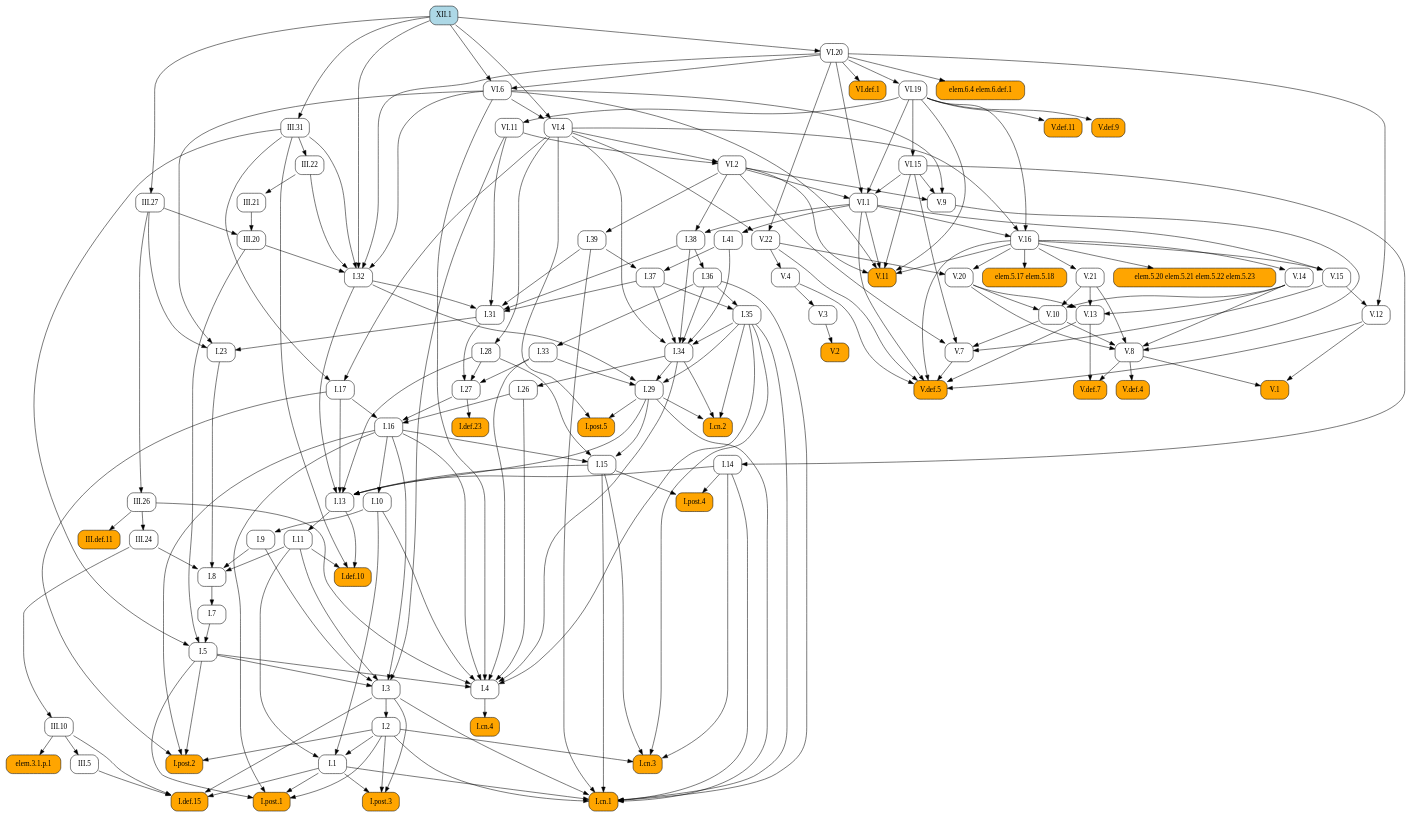
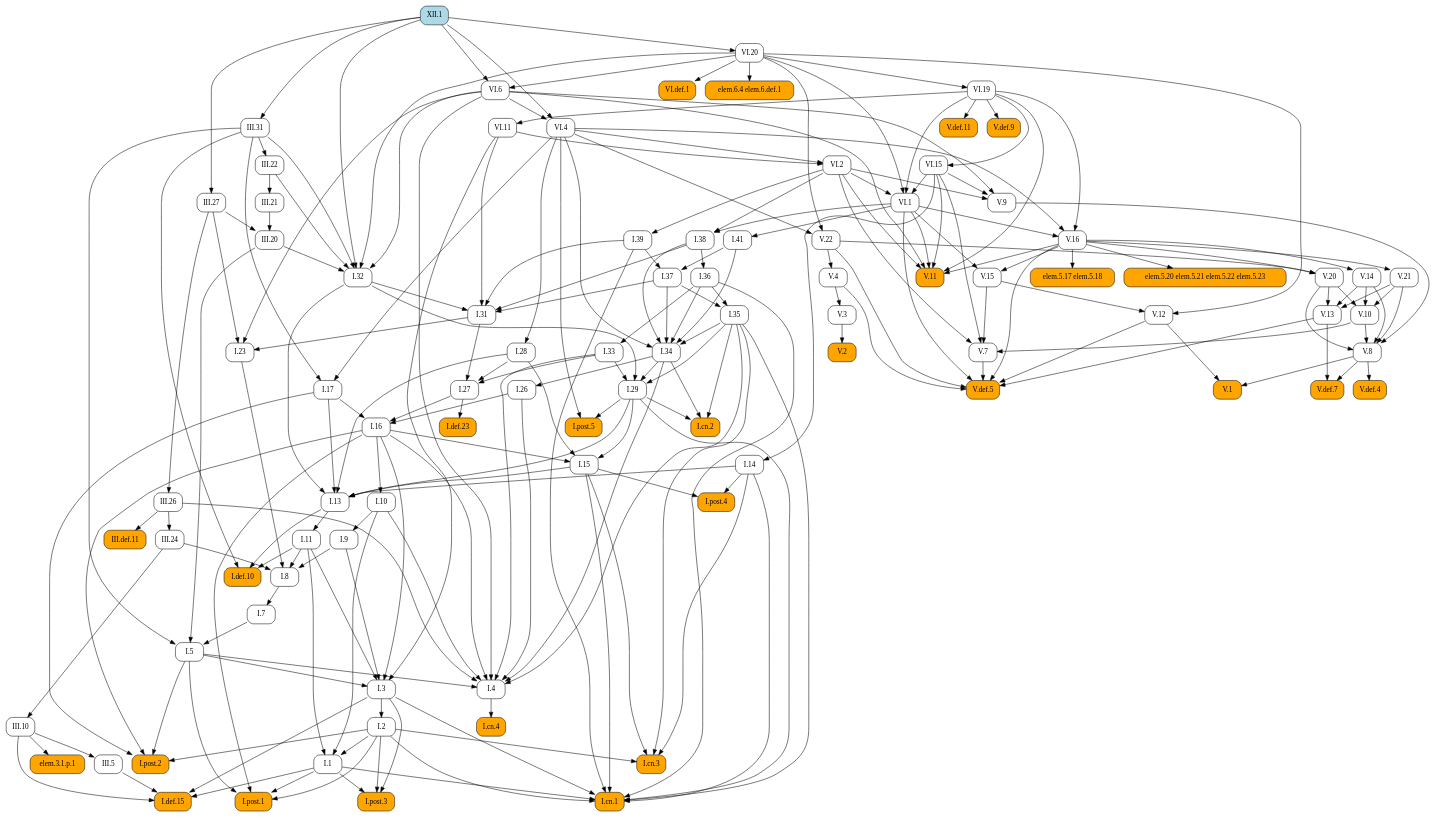
Before and after one commit to geometor/elements: the diagram in docsrc/heath/XII/1/index.rst, drawn with Graphviz. The commit also changed other lines of this file and 1029 other files, not shown here.

```diff
--- a/docsrc/heath/XII/1/index.rst
+++ b/docsrc/heath/XII/1/index.rst
@@ -47,153 +47,260 @@
    digraph {
      rankdir="TB";
      node [shape=box, style=rounded];
+     "I.def.10" [style="rounded,filled", fillcolor=orange, URL="/heath/I/def.10/", target="_top"];
+     "I.11" [URL="/heath/I/11/", target="_top"];
+     "I.post.4" [style="rounded,filled", fillcolor=orange, URL="/heath/I/post.4/", target="_top"];
+     "I.28" [URL="/heath/I/28/", target="_top"];
+     "I.1" [URL="/heath/I/1/", target="_top"];
+     "V.def.5" [style="rounded,filled", fillcolor=orange, URL="/heath/V/def.5/", target="_top"];
+     "III.20" [URL="/heath/III/20/", target="_top"];
+     "III.31" [URL="/heath/III/31/", target="_top"];
+     "V.13" [URL="/heath/V/13/", target="_top"];
+     "V.11" [style="rounded,filled", fillcolor=orange, URL="/heath/V/11/", target="_top"];
+     "VI.6" [URL="/heath/VI/6/", target="_top"];
+     "III.def.11" [style="rounded,filled", fillcolor=orange, URL="/heath/III/def.11/", target="_top"];
+     "I.post.3" [style="rounded,filled", fillcolor=orange, URL="/heath/I/post.3/", target="_top"];
+     "VI.1" [URL="/heath/VI/1/", target="_top"];
+     "I.cn.3" [style="rounded,filled", fillcolor=orange, URL="/heath/I/cn.3/", target="_top"];
+     "I.14" [URL="/heath/I/14/", target="_top"];
+     "V.16" [URL="/heath/V/16/", target="_top"];
+     "VI.11" [URL="/heath/VI/11/", target="_top"];
+     "VI.4" [URL="/heath/VI/4/", target="_top"];
+     "V.3" [URL="/heath/V/3/", target="_top"];
+     "I.36" [URL="/heath/I/36/", target="_top"];
+     "I.41" [URL="/heath/I/41/", target="_top"];
+     "I.27" [URL="/heath/I/27/", target="_top"];
+     "V.8" [URL="/heath/V/8/", target="_top"];
+     "I.37" [URL="/heath/I/37/", target="_top"];
+     "I.34" [URL="/heath/I/34/", target="_top"];
+     "I.2" [URL="/heath/I/2/", target="_top"];
+     "I.def.23" [style="rounded,filled", fillcolor=orange, URL="/heath/I/def.23/", target="_top"];
+     "I.17" [URL="/heath/I/17/", target="_top"];
+     "I.33" [URL="/heath/I/33/", target="_top"];
+     "I.post.2" [style="rounded,filled", fillcolor=orange, URL="/heath/I/post.2/", target="_top"];
+     "VI.def.1" [style="rounded,filled", fillcolor=orange, URL="/heath/VI/def.1/", target="_top"];
+     "elem.5.20 elem.5.21 elem.5.22 elem.5.23" [style="rounded,filled", fillcolor=orange];
+     "I.9" [URL="/heath/I/9/", target="_top"];
+     "I.32" [URL="/heath/I/32/", target="_top"];
+     "V.def.4" [style="rounded,filled", fillcolor=orange, URL="/heath/V/def.4/", target="_top"];
+     "I.cn.4" [style="rounded,filled", fillcolor=orange, URL="/heath/I/cn.4/", target="_top"];
+     "I.15" [URL="/heath/I/15/", target="_top"];
+     "III.22" [URL="/heath/III/22/", target="_top"];
+     "I.38" [URL="/heath/I/38/", target="_top"];
+     "V.def.7" [style="rounded,filled", fillcolor=orange, URL="/heath/V/def.7/", target="_top"];
+     "I.5" [URL="/heath/I/5/", target="_top"];
+     "V.21" [URL="/heath/V/21/", target="_top"];
+     "III.5" [URL="/heath/III/5/", target="_top"];
+     "elem.6.4 elem.6.def.1" [style="rounded,filled", fillcolor=orange];
+     "I.39" [URL="/heath/I/39/", target="_top"];
+     "V.def.11" [style="rounded,filled", fillcolor=orange, URL="/heath/V/def.11/", target="_top"];
+     "I.26" [URL="/heath/I/26/", target="_top"];
+     "III.26" [URL="/heath/III/26/", target="_top"];
+     "V.14" [URL="/heath/V/14/", target="_top"];
+     "I.29" [URL="/heath/I/29/", target="_top"];
+     "elem.3.1.p.1" [style="rounded,filled", fillcolor=orange];
+     "V.12" [URL="/heath/V/12/", target="_top"];
+     "V.22" [URL="/heath/V/22/", target="_top"];
+     "I.cn.2" [style="rounded,filled", fillcolor=orange, URL="/heath/I/cn.2/", target="_top"];
+     "V.20" [URL="/heath/V/20/", target="_top"];
+     "V.10" [URL="/heath/V/10/", target="_top"];
+     "VI.2" [URL="/heath/VI/2/", target="_top"];
+     "I.def.15" [style="rounded,filled", fillcolor=orange, URL="/heath/I/def.15/", target="_top"];
+     "V.15" [URL="/heath/V/15/", target="_top"];
+     "XII.1" [style="rounded,filled", fillcolor=lightblue, URL="/heath/XII/1/", target="_top"];
+     "I.cn.1" [style="rounded,filled", fillcolor=orange, URL="/heath/I/cn.1/", target="_top"];
+     "V.7" [URL="/heath/V/7/", target="_top"];
+     "V.9" [URL="/heath/V/9/", target="_top"];
+     "I.23" [URL="/heath/I/23/", target="_top"];
+     "I.post.1" [style="rounded,filled", fillcolor=orange, URL="/heath/I/post.1/", target="_top"];
+     "III.24" [URL="/heath/III/24/", target="_top"];
+     "I.35" [URL="/heath/I/35/", target="_top"];
+     "V.def.9" [style="rounded,filled", fillcolor=orange, URL="/heath/V/def.9/", target="_top"];
+     "I.7" [URL="/heath/I/7/", target="_top"];
+     "I.3" [URL="/heath/I/3/", target="_top"];
+     "I.4" [URL="/heath/I/4/", target="_top"];
+     "I.13" [URL="/heath/I/13/", target="_top"];
+     "V.4" [URL="/heath/V/4/", target="_top"];
+     "VI.20" [URL="/heath/VI/20/", target="_top"];
+     "I.31" [URL="/heath/I/31/", target="_top"];
      "V.1" [style="rounded,filled", fillcolor=orange, URL="/heath/V/1/", target="_top"];
-     "III.22" [URL="/heath/III/22/", target="_top"];
-     "I.29" [URL="/heath/I/29/", target="_top"];
-     "I.7" [URL="/heath/I/7/", target="_top"];
-     "I.27" [URL="/heath/I/27/", target="_top"];
-     "I.def.23" [style="rounded,filled", fillcolor=orange, URL="/heath/I/def.23/", target="_top"];
-     "V.20" [URL="/heath/V/20/", target="_top"];
-     "I.34" [URL="/heath/I/34/", target="_top"];
+     "I.16" [URL="/heath/I/16/", target="_top"];
+     "III.10" [URL="/heath/III/10/", target="_top"];
+     "elem.5.17 elem.5.18" [style="rounded,filled", fillcolor=orange];
+     "III.27" [URL="/heath/III/27/", target="_top"];
+     "VI.15" [URL="/heath/VI/15/", target="_top"];
      "I.8" [URL="/heath/I/8/", target="_top"];
      "V.2" [style="rounded,filled", fillcolor=orange, URL="/heath/V/2/", target="_top"];
-     "III.10" [URL="/heath/III/10/", target="_top"];
-     "I.9" [URL="/heath/I/9/", target="_top"];
-     "V.22" [URL="/heath/V/22/", target="_top"];
-     "III.20" [URL="/heath/III/20/", target="_top"];
-     "I.post.4" [style="rounded,filled", fillcolor=orange, URL="/heath/I/post.4/", target="_top"];
-     "I.2" [URL="/heath/I/2/", target="_top"];
-     "V.4" [URL="/heath/V/4/", target="_top"];
-     "I.28" [URL="/heath/I/28/", target="_top"];
-     "III.27" [URL="/heath/III/27/", target="_top"];
-     "VI.4" [URL="/heath/VI/4/", target="_top"];
-     "I.cn.4" [style="rounded,filled", fillcolor=orange, URL="/heath/I/cn.4/", target="_top"];
-     "VI.2" [URL="/heath/VI/2/", target="_top"];
-     "V.def.9" [style="rounded,filled", fillcolor=orange, URL="/heath/V/def.9/", target="_top"];
-     "elem.5.20 elem.5.21 elem.5.22 elem.5.23" [style="rounded,filled", fillcolor=orange];
-     "III.31" [URL="/heath/III/31/", target="_top"];
-     "I.23" [URL="/heath/I/23/", target="_top"];
-     "I.13" [URL="/heath/I/13/", target="_top"];
-     "I.5" [URL="/heath/I/5/", target="_top"];
      "III.21" [URL="/heath/III/21/", target="_top"];
-     "I.11" [URL="/heath/I/11/", target="_top"];
-     "I.4" [URL="/heath/I/4/", target="_top"];
-     "I.def.10" [style="rounded,filled", fillcolor=orange, URL="/heath/I/def.10/", target="_top"];
-     "III.24" [URL="/heath/III/24/", target="_top"];
-     "I.post.3" [style="rounded,filled", fillcolor=orange, URL="/heath/I/post.3/", target="_top"];
-     "V.9" [URL="/heath/V/9/", target="_top"];
-     "VI.def.1" [style="rounded,filled", fillcolor=orange, URL="/heath/VI/def.1/", target="_top"];
-     "elem.5.17 elem.5.18" [style="rounded,filled", fillcolor=orange];
-     "V.3" [URL="/heath/V/3/", target="_top"];
-     "I.36" [URL="/heath/I/36/", target="_top"];
-     "V.12" [URL="/heath/V/12/", target="_top"];
-     "I.15" [URL="/heath/I/15/", target="_top"];
-     "I.17" [URL="/heath/I/17/", target="_top"];
-     "I.32" [URL="/heath/I/32/", target="_top"];
-     "I.41" [URL="/heath/I/41/", target="_top"];
-     "V.def.5" [style="rounded,filled", fillcolor=orange, URL="/heath/V/def.5/", target="_top"];
-     "I.cn.3" [style="rounded,filled", fillcolor=orange, URL="/heath/I/cn.3/", target="_top"];
-     "III.def.11" [style="rounded,filled", fillcolor=orange, URL="/heath/III/def.11/", target="_top"];
-     "XII.1" [style="rounded,filled", fillcolor=lightblue, URL="/heath/XII/1/", target="_top"];
-     "I.38" [URL="/heath/I/38/", target="_top"];
-     "V.16" [URL="/heath/V/16/", target="_top"];
-     "V.15" [URL="/heath/V/15/", target="_top"];
-     "V.def.4" [style="rounded,filled", fillcolor=orange, URL="/heath/V/def.4/", target="_top"];
-     "V.21" [URL="/heath/V/21/", target="_top"];
-     "V.8" [URL="/heath/V/8/", target="_top"];
-     "V.7" [URL="/heath/V/7/", target="_top"];
-     "I.def.15" [style="rounded,filled", fillcolor=orange, URL="/heath/I/def.15/", target="_top"];
-     "I.1" [URL="/heath/I/1/", target="_top"];
-     "VI.11" [URL="/heath/VI/11/", target="_top"];
-     "I.post.1" [style="rounded,filled", fillcolor=orange, URL="/heath/I/post.1/", target="_top"];
-     "V.13" [URL="/heath/V/13/", target="_top"];
-     "I.26" [URL="/heath/I/26/", target="_top"];
-     "I.33" [URL="/heath/I/33/", target="_top"];
-     "elem.3.1.p.1" [style="rounded,filled", fillcolor=orange];
-     "V.def.7" [style="rounded,filled", fillcolor=orange, URL="/heath/V/def.7/", target="_top"];
-     "elem.6.4 elem.6.def.1" [style="rounded,filled", fillcolor=orange];
-     "I.39" [URL="/heath/I/39/", target="_top"];
-     "III.5" [URL="/heath/III/5/", target="_top"];
-     "I.cn.2" [style="rounded,filled", fillcolor=orange, URL="/heath/I/cn.2/", target="_top"];
-     "V.10" [URL="/heath/V/10/", target="_top"];
+     "I.post.5" [style="rounded,filled", fillcolor=orange, URL="/heath/I/post.5/", target="_top"];
+     "VI.19" [URL="/heath/VI/19/", target="_top"];
      "I.10" [URL="/heath/I/10/", target="_top"];
-     "I.3" [URL="/heath/I/3/", target="_top"];
-     "I.16" [URL="/heath/I/16/", target="_top"];
-     "III.26" [URL="/heath/III/26/", target="_top"];
-     "I.31" [URL="/heath/I/31/", target="_top"];
-     "VI.6" [URL="/heath/VI/6/", target="_top"];
-     "VI.15" [URL="/heath/VI/15/", target="_top"];
-     "V.def.11" [style="rounded,filled", fillcolor=orange, URL="/heath/V/def.11/", target="_top"];
-     "V.11" [style="rounded,filled", fillcolor=orange, URL="/heath/V/11/", target="_top"];
-     "I.post.2" [style="rounded,filled", fillcolor=orange, URL="/heath/I/post.2/", target="_top"];
-     "I.post.5" [style="rounded,filled", fillcolor=orange, URL="/heath/I/post.5/", target="_top"];
-     "VI.20" [URL="/heath/VI/20/", target="_top"];
-     "VI.1" [URL="/heath/VI/1/", target="_top"];
-     "VI.19" [URL="/heath/VI/19/", target="_top"];
-     "I.14" [URL="/heath/I/14/", target="_top"];
-     "I.35" [URL="/heath/I/35/", target="_top"];
-     "I.cn.1" [style="rounded,filled", fillcolor=orange, URL="/heath/I/cn.1/", target="_top"];
-     "I.37" [URL="/heath/I/37/", target="_top"];
-     "V.14" [URL="/heath/V/14/", target="_top"];
-     "V.8" -> "V.1";
-     "V.12" -> "V.1";
-     "III.31" -> "III.22";
-     "I.32" -> "I.29";
-     "I.33" -> "I.29";
-     "I.34" -> "I.29";
-     "I.35" -> "I.29";
-     "I.8" -> "I.7";
+     "I.11" -> "I.def.10";
+     "I.13" -> "I.def.10";
+     "III.31" -> "I.def.10";
+     "I.13" -> "I.11";
+     "I.14" -> "I.post.4";
+     "I.15" -> "I.post.4";
+     "VI.4" -> "I.28";
+     "I.2" -> "I.1";
+     "I.10" -> "I.1";
+     "I.11" -> "I.1";
+     "V.4" -> "V.def.5";
+     "V.7" -> "V.def.5";
+     "V.12" -> "V.def.5";
+     "V.13" -> "V.def.5";
+     "V.16" -> "V.def.5";
+     "V.22" -> "V.def.5";
+     "VI.1" -> "V.def.5";
+     "III.21" -> "III.20";
+     "III.27" -> "III.20";
+     "XII.1" -> "III.31";
+     "V.14" -> "V.13";
+     "V.20" -> "V.13";
+     "V.21" -> "V.13";
+     "V.16" -> "V.11";
+     "VI.1" -> "V.11";
+     "VI.2" -> "V.11";
+     "VI.6" -> "V.11";
+     "VI.15" -> "V.11";
+     "VI.19" -> "V.11";
+     "VI.20" -> "VI.6";
+     "XII.1" -> "VI.6";
+     "III.26" -> "III.def.11";
+     "I.1" -> "I.post.3";
+     "I.2" -> "I.post.3";
+     "I.3" -> "I.post.3";
+     "VI.2" -> "VI.1";
+     "VI.15" -> "VI.1";
+     "VI.19" -> "VI.1";
+     "VI.20" -> "VI.1";
+     "I.2" -> "I.cn.3";
+     "I.14" -> "I.cn.3";
+     "I.15" -> "I.cn.3";
+     "I.35" -> "I.cn.3";
+     "VI.15" -> "I.14";
+     "VI.1" -> "V.16";
+     "VI.4" -> "V.16";
+     "VI.19" -> "V.16";
+     "VI.19" -> "VI.11";
+     "VI.6" -> "VI.4";
+     "XII.1" -> "VI.4";
+     "V.4" -> "V.3";
+     "I.38" -> "I.36";
+     "VI.1" -> "I.41";
      "I.28" -> "I.27";
      "I.31" -> "I.27";
      "I.33" -> "I.27";
-     "I.27" -> "I.def.23";
-     "V.16" -> "V.20";
-     "V.22" -> "V.20";
+     "V.9" -> "V.8";
+     "V.10" -> "V.8";
+     "V.14" -> "V.8";
+     "V.20" -> "V.8";
+     "V.21" -> "V.8";
+     "I.39" -> "I.37";
+     "I.41" -> "I.37";
      "I.35" -> "I.34";
      "I.36" -> "I.34";
      "I.37" -> "I.34";
      "I.38" -> "I.34";
      "I.41" -> "I.34";
      "VI.4" -> "I.34";
-     "I.9" -> "I.8";
-     "I.11" -> "I.8";
-     "I.23" -> "I.8";
-     "III.24" -> "I.8";
-     "V.3" -> "V.2";
-     "III.24" -> "III.10";
+     "I.3" -> "I.2";
+     "I.27" -> "I.def.23";
+     "III.31" -> "I.17";
+     "VI.4" -> "I.17";
+     "I.36" -> "I.33";
+     "I.2" -> "I.post.2";
+     "I.5" -> "I.post.2";
+     "I.16" -> "I.post.2";
+     "I.17" -> "I.post.2";
+     "VI.20" -> "VI.def.1";
+     "V.16" -> "elem.5.20 elem.5.21 elem.5.22 elem.5.23";
      "I.10" -> "I.9";
+     "III.20" -> "I.32";
+     "III.22" -> "I.32";
+     "III.31" -> "I.32";
+     "VI.6" -> "I.32";
+     "VI.20" -> "I.32";
+     "XII.1" -> "I.32";
+     "V.8" -> "V.def.4";
+     "I.4" -> "I.cn.4";
+     "I.16" -> "I.15";
+     "I.28" -> "I.15";
+     "I.29" -> "I.15";
+     "III.31" -> "III.22";
+     "VI.1" -> "I.38";
+     "VI.2" -> "I.38";
+     "V.8" -> "V.def.7";
+     "V.13" -> "V.def.7";
+     "I.7" -> "I.5";
+     "III.20" -> "I.5";
+     "III.31" -> "I.5";
+     "V.16" -> "V.21";
+     "III.10" -> "III.5";
+     "VI.20" -> "elem.6.4 elem.6.def.1";
+     "VI.2" -> "I.39";
+     "VI.19" -> "V.def.11";
+     "I.34" -> "I.26";
+     "III.27" -> "III.26";
+     "V.16" -> "V.14";
+     "I.32" -> "I.29";
+     "I.33" -> "I.29";
+     "I.34" -> "I.29";
+     "I.35" -> "I.29";
+     "III.10" -> "elem.3.1.p.1";
+     "V.15" -> "V.12";
+     "VI.20" -> "V.12";
      "VI.4" -> "V.22";
      "VI.20" -> "V.22";
-     "III.21" -> "III.20";
-     "III.27" -> "III.20";
-     "I.14" -> "I.post.4";
-     "I.15" -> "I.post.4";
-     "I.3" -> "I.2";
-     "V.22" -> "V.4";
-     "VI.4" -> "I.28";
-     "XII.1" -> "III.27";
-     "VI.6" -> "VI.4";
-     "XII.1" -> "VI.4";
-     "I.4" -> "I.cn.4";
+     "I.29" -> "I.cn.2";
+     "I.34" -> "I.cn.2";
+     "I.35" -> "I.cn.2";
+     "V.16" -> "V.20";
+     "V.22" -> "V.20";
+     "V.14" -> "V.10";
+     "V.20" -> "V.10";
+     "V.21" -> "V.10";
      "VI.4" -> "VI.2";
      "VI.11" -> "VI.2";
-     "VI.19" -> "V.def.9";
-     "V.16" -> "elem.5.20 elem.5.21 elem.5.22 elem.5.23";
-     "XII.1" -> "III.31";
+     "I.1" -> "I.def.15";
+     "I.3" -> "I.def.15";
+     "III.5" -> "I.def.15";
+     "III.10" -> "I.def.15";
+     "V.16" -> "V.15";
+     "VI.1" -> "V.15";
+     "I.1" -> "I.cn.1";
+     "I.2" -> "I.cn.1";
+     "I.3" -> "I.cn.1";
+     "I.14" -> "I.cn.1";
+     "I.15" -> "I.cn.1";
+     "I.29" -> "I.cn.1";
+     "I.35" -> "I.cn.1";
+     "I.36" -> "I.cn.1";
+     "I.39" -> "I.cn.1";
+     "V.10" -> "V.7";
+     "V.15" -> "V.7";
+     "VI.2" -> "V.7";
+     "VI.15" -> "V.7";
+     "VI.2" -> "V.9";
+     "VI.6" -> "V.9";
+     "VI.15" -> "V.9";
      "I.31" -> "I.23";
      "III.27" -> "I.23";
      "VI.6" -> "I.23";
-     "I.14" -> "I.13";
-     "I.15" -> "I.13";
-     "I.17" -> "I.13";
-     "I.28" -> "I.13";
-     "I.29" -> "I.13";
-     "I.32" -> "I.13";
-     "I.7" -> "I.5";
-     "III.20" -> "I.5";
-     "III.31" -> "I.5";
-     "III.22" -> "III.21";
-     "I.13" -> "I.11";
+     "I.1" -> "I.post.1";
+     "I.2" -> "I.post.1";
+     "I.5" -> "I.post.1";
+     "I.16" -> "I.post.1";
+     "III.26" -> "III.24";
+     "I.36" -> "I.35";
+     "I.37" -> "I.35";
+     "VI.19" -> "V.def.9";
+     "I.8" -> "I.7";
+     "I.5" -> "I.3";
+     "I.9" -> "I.3";
+     "I.11" -> "I.3";
+     "I.16" -> "I.3";
+     "VI.11" -> "I.3";
      "I.5" -> "I.4";
      "I.10" -> "I.4";
      "I.16" -> "I.4";
@@ -203,143 +310,36 @@
      "I.35" -> "I.4";
      "III.26" -> "I.4";
      "VI.6" -> "I.4";
-     "I.11" -> "I.def.10";
-     "I.13" -> "I.def.10";
-     "III.31" -> "I.def.10";
-     "III.26" -> "III.24";
-     "I.1" -> "I.post.3";
-     "I.2" -> "I.post.3";
-     "I.3" -> "I.post.3";
-     "VI.2" -> "V.9";
-     "VI.6" -> "V.9";
-     "VI.15" -> "V.9";
-     "VI.20" -> "VI.def.1";
-     "V.16" -> "elem.5.17 elem.5.18";
-     "V.4" -> "V.3";
-     "I.38" -> "I.36";
-     "V.15" -> "V.12";
-     "VI.20" -> "V.12";
-     "I.16" -> "I.15";
-     "I.28" -> "I.15";
-     "I.29" -> "I.15";
-     "III.31" -> "I.17";
-     "VI.4" -> "I.17";
-     "III.20" -> "I.32";
-     "III.22" -> "I.32";
-     "III.31" -> "I.32";
-     "VI.6" -> "I.32";
-     "VI.20" -> "I.32";
-     "XII.1" -> "I.32";
-     "VI.1" -> "I.41";
-     "V.4" -> "V.def.5";
-     "V.7" -> "V.def.5";
-     "V.12" -> "V.def.5";
-     "V.13" -> "V.def.5";
-     "V.16" -> "V.def.5";
-     "V.22" -> "V.def.5";
-     "VI.1" -> "V.def.5";
-     "I.2" -> "I.cn.3";
-     "I.14" -> "I.cn.3";
-     "I.15" -> "I.cn.3";
-     "I.35" -> "I.cn.3";
-     "III.26" -> "III.def.11";
-     "VI.1" -> "I.38";
-     "VI.2" -> "I.38";
-     "VI.1" -> "V.16";
-     "VI.4" -> "V.16";
-     "VI.19" -> "V.16";
-     "V.16" -> "V.15";
-     "VI.1" -> "V.15";
-     "V.8" -> "V.def.4";
-     "V.16" -> "V.21";
-     "V.9" -> "V.8";
-     "V.10" -> "V.8";
-     "V.14" -> "V.8";
-     "V.20" -> "V.8";
-     "V.21" -> "V.8";
-     "V.10" -> "V.7";
-     "V.15" -> "V.7";
-     "VI.2" -> "V.7";
-     "VI.15" -> "V.7";
-     "I.1" -> "I.def.15";
-     "I.3" -> "I.def.15";
-     "III.5" -> "I.def.15";
-     "III.10" -> "I.def.15";
-     "I.2" -> "I.1";
-     "I.10" -> "I.1";
-     "I.11" -> "I.1";
-     "VI.19" -> "VI.11";
-     "I.1" -> "I.post.1";
-     "I.2" -> "I.post.1";
-     "I.5" -> "I.post.1";
-     "I.16" -> "I.post.1";
-     "V.14" -> "V.13";
-     "V.20" -> "V.13";
-     "V.21" -> "V.13";
-     "I.34" -> "I.26";
-     "I.36" -> "I.33";
-     "III.10" -> "elem.3.1.p.1";
-     "V.8" -> "V.def.7";
-     "V.13" -> "V.def.7";
-     "VI.20" -> "elem.6.4 elem.6.def.1";
-     "VI.2" -> "I.39";
-     "III.10" -> "III.5";
-     "I.29" -> "I.cn.2";
-     "I.34" -> "I.cn.2";
-     "I.35" -> "I.cn.2";
-     "V.14" -> "V.10";
-     "V.20" -> "V.10";
-     "V.21" -> "V.10";
-     "I.16" -> "I.10";
-     "I.5" -> "I.3";
-     "I.9" -> "I.3";
-     "I.11" -> "I.3";
-     "I.16" -> "I.3";
-     "VI.11" -> "I.3";
-     "I.17" -> "I.16";
-     "I.26" -> "I.16";
-     "I.27" -> "I.16";
-     "III.27" -> "III.26";
+     "I.14" -> "I.13";
+     "I.15" -> "I.13";
+     "I.17" -> "I.13";
+     "I.28" -> "I.13";
+     "I.29" -> "I.13";
+     "I.32" -> "I.13";
+     "V.22" -> "V.4";
+     "XII.1" -> "VI.20";
      "I.32" -> "I.31";
      "I.37" -> "I.31";
      "I.38" -> "I.31";
      "I.39" -> "I.31";
      "VI.11" -> "I.31";
-     "VI.20" -> "VI.6";
-     "XII.1" -> "VI.6";
+     "V.8" -> "V.1";
+     "V.12" -> "V.1";
+     "I.17" -> "I.16";
+     "I.26" -> "I.16";
+     "I.27" -> "I.16";
+     "III.24" -> "III.10";
+     "V.16" -> "elem.5.17 elem.5.18";
+     "XII.1" -> "III.27";
      "VI.19" -> "VI.15";
-     "VI.19" -> "V.def.11";
-     "V.16" -> "V.11";
-     "VI.1" -> "V.11";
-     "VI.2" -> "V.11";
-     "VI.6" -> "V.11";
-     "VI.15" -> "V.11";
-     "VI.19" -> "V.11";
-     "I.2" -> "I.post.2";
-     "I.5" -> "I.post.2";
-     "I.16" -> "I.post.2";
-     "I.17" -> "I.post.2";
+     "I.9" -> "I.8";
+     "I.11" -> "I.8";
+     "I.23" -> "I.8";
+     "III.24" -> "I.8";
+     "V.3" -> "V.2";
+     "III.22" -> "III.21";
      "I.29" -> "I.post.5";
      "VI.4" -> "I.post.5";
-     "XII.1" -> "VI.20";
-     "VI.2" -> "VI.1";
-     "VI.15" -> "VI.1";
-     "VI.19" -> "VI.1";
-     "VI.20" -> "VI.1";
      "VI.20" -> "VI.19";
-     "VI.15" -> "I.14";
-     "I.36" -> "I.35";
-     "I.37" -> "I.35";
-     "I.1" -> "I.cn.1";
-     "I.2" -> "I.cn.1";
-     "I.3" -> "I.cn.1";
-     "I.14" -> "I.cn.1";
-     "I.15" -> "I.cn.1";
-     "I.29" -> "I.cn.1";
-     "I.35" -> "I.cn.1";
-     "I.36" -> "I.cn.1";
-     "I.39" -> "I.cn.1";
-     "I.39" -> "I.37";
-     "I.41" -> "I.37";
-     "V.16" -> "V.14";
+     "I.16" -> "I.10";
    }
```
